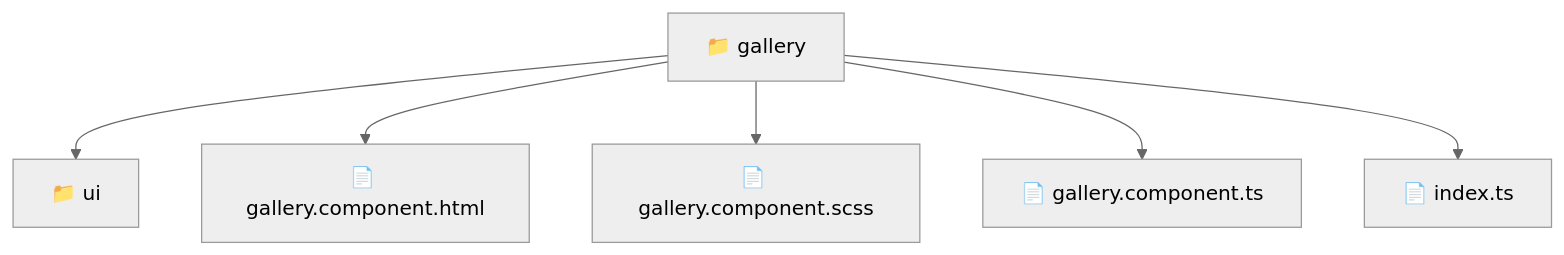
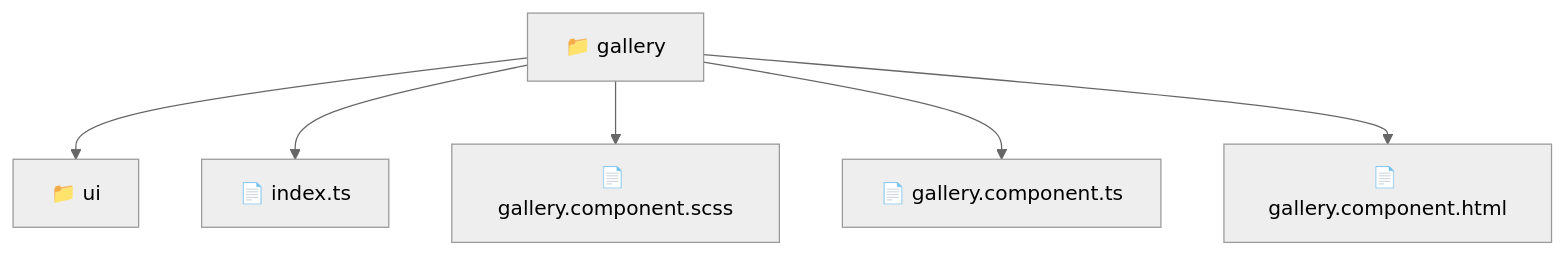
Before and after one commit to beginwebdev2002/fullstack-mavluda: the diagram in frontend/src/pages/gallery/README.md, drawn with Mermaid (neutral theme). The commit also changed other lines of this file and 157 other files, not shown here.

````diff
--- a/frontend/src/pages/gallery/README.md
+++ b/frontend/src/pages/gallery/README.md
@@ -11,9 +11,9 @@
 ```mermaid
 graph TD
-  Root["📁 gallery"]
-  Root --> ui["📁 ui"]
-  Root --> gallery_component_html["📄 gallery.component.html"]
-  Root --> gallery_component_scss["📄 gallery.component.scss"]
-  Root --> gallery_component_ts["📄 gallery.component.ts"]
-  Root --> index_ts["📄 index.ts"]
+  gallery["📁 gallery"]
+  gallery --> ui["📁 ui"]
+  gallery --> index_ts["📄 index.ts"]
+  gallery --> gallery_component_scss["📄 gallery.component.scss"]
+  gallery --> gallery_component_ts["📄 gallery.component.ts"]
+  gallery --> gallery_component_html["📄 gallery.component.html"]
 ```
````
